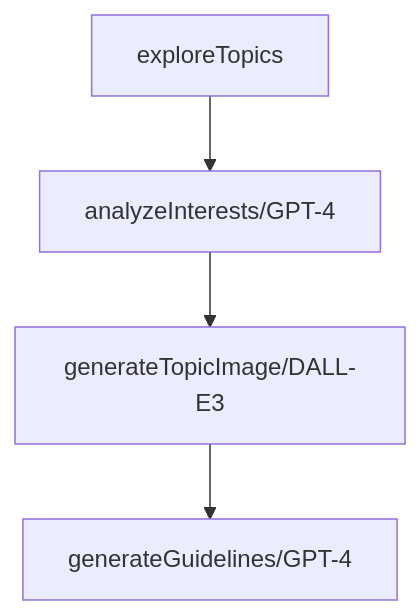
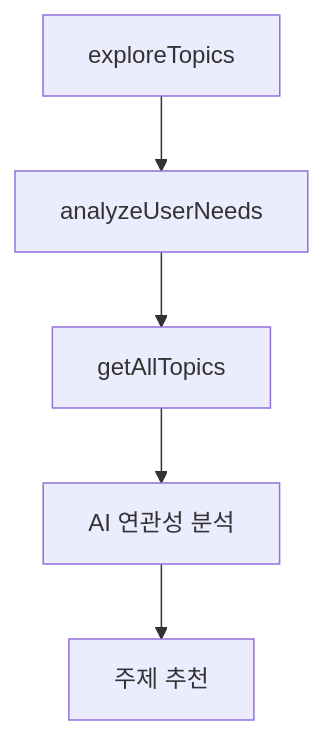
Before and after one commit to Team-BBanana/grimMadang-nest-ai: the second of 3 diagrams in README.md, drawn with Mermaid. The commit also changed other lines of this file and 1 other file, not shown here.

First line of the commit message:
fix: 리드미 수정 | topic.service handleSameGroupDifferentTopics 함수 로직 변경

````diff
--- a/README.md
+++ b/README.md
@@ -268,6 +278,7 @@
 ```mermaid
 graph TD
-    A[exploreTopics] --> B[analyzeInterests/GPT-4]
-    B --> C[generateTopicImage/DALL-E3]
-    C --> D[generateGuidelines/GPT-4]
+    A[exploreTopics] --> B[analyzeUserNeeds]
+    B --> C[getAllTopics]
+    C --> D[AI 연관성 분석]
+    D --> E[주제 추천]
 ```
````
